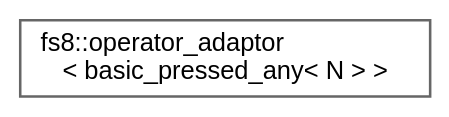
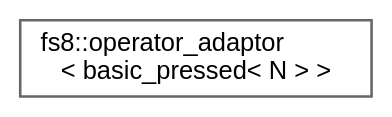
The diagram in api/inherit_graph_87.dot (the-moisrex/foresight), drawn with Graphviz before and after one commit. The commit also changed 211 other files, not shown here.

```diff
--- a/api/inherit_graph_87.dot
+++ b/api/inherit_graph_87.dot
@@ -1,9 +1,9 @@
 digraph "Graphical Class Hierarchy"
 {
  // LATEX_PDF_SIZE
   bgcolor="transparent";
   edge [fontname=Helvetica,fontsize=10,labelfontname=Helvetica,labelfontsize=10];
   node [fontname=Helvetica,fontsize=10,shape=box,height=0.2,width=0.4];
   rankdir="LR";
-  Node0 [id="Node000000",label="fs8::operator_adaptor\l\< basic_pressed_any\< N \> \>",height=0.2,width=0.4,color="grey40", fillcolor="white", style="filled",URL="$structfs8_1_1operator__adaptor.html",tooltip=" "];
+  Node0 [id="Node000000",label="fs8::operator_adaptor\l\< basic_pressed\< N \> \>",height=0.2,width=0.4,color="grey40", fillcolor="white", style="filled",URL="$structfs8_1_1operator__adaptor.html",tooltip=" "];
 }
```
